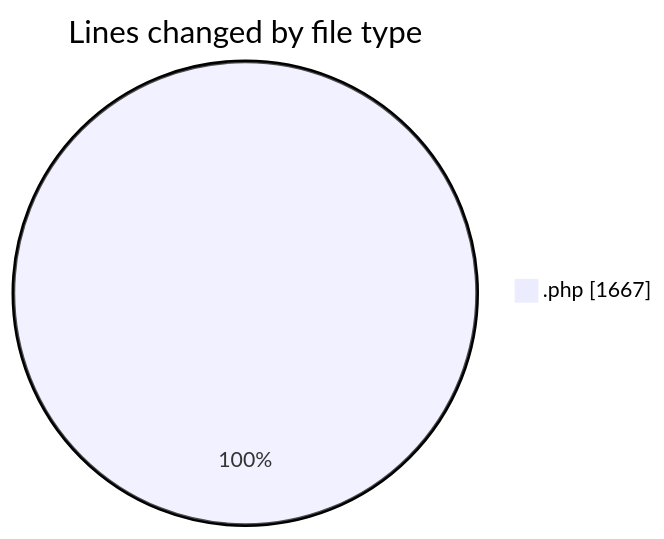
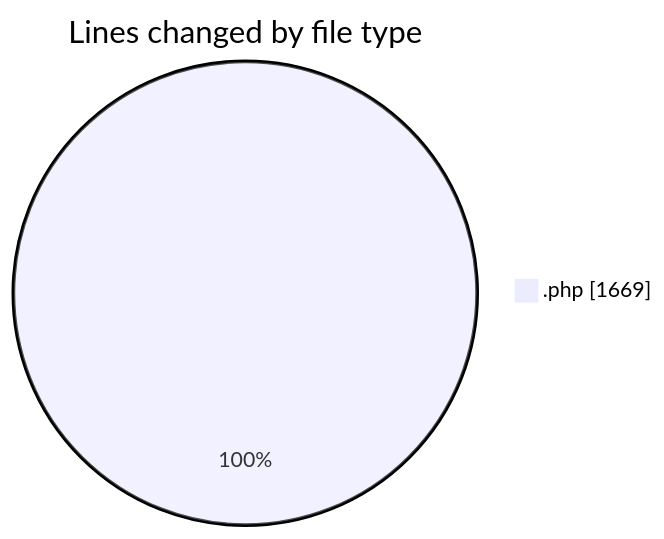
Before and after one commit to debugP/code-tracking: the first of 2 diagrams in 2025-08-25/woocommerce-custom-product-bundles/README.md, drawn with Mermaid. The commit also changed other lines of this file and 1 other file, not shown here.

````diff
--- a/2025-08-25/woocommerce-custom-product-bundles/README.md
+++ b/2025-08-25/woocommerce-custom-product-bundles/README.md
@@ -20,5 +20,5 @@
 ```mermaid
 pie showData
 title Lines changed by file type
-".php" : 1667
+".php" : 1669
 ```
````
